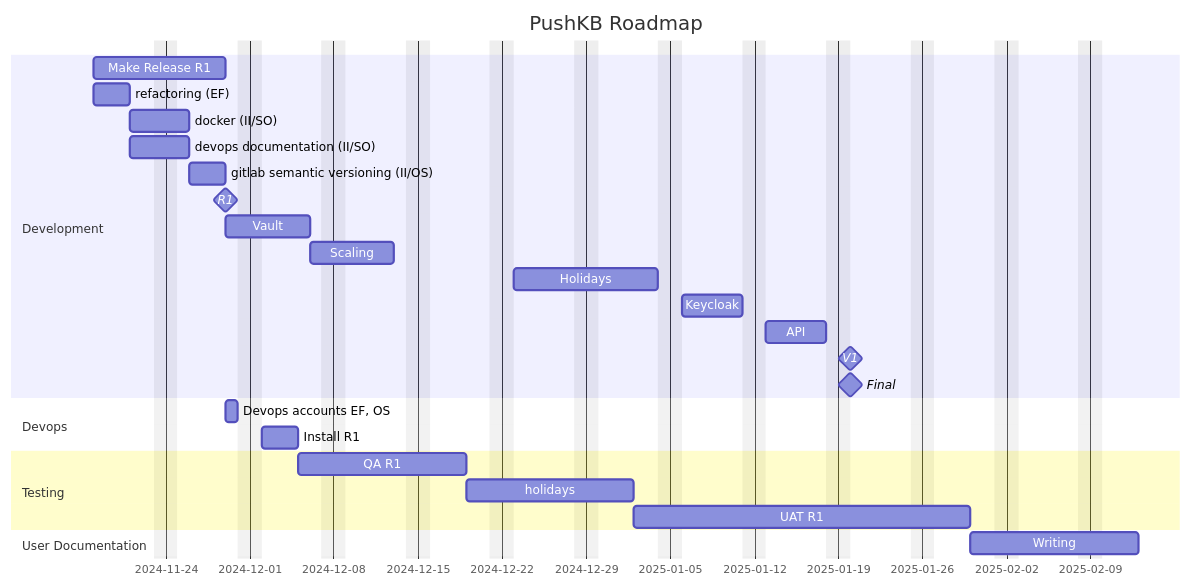
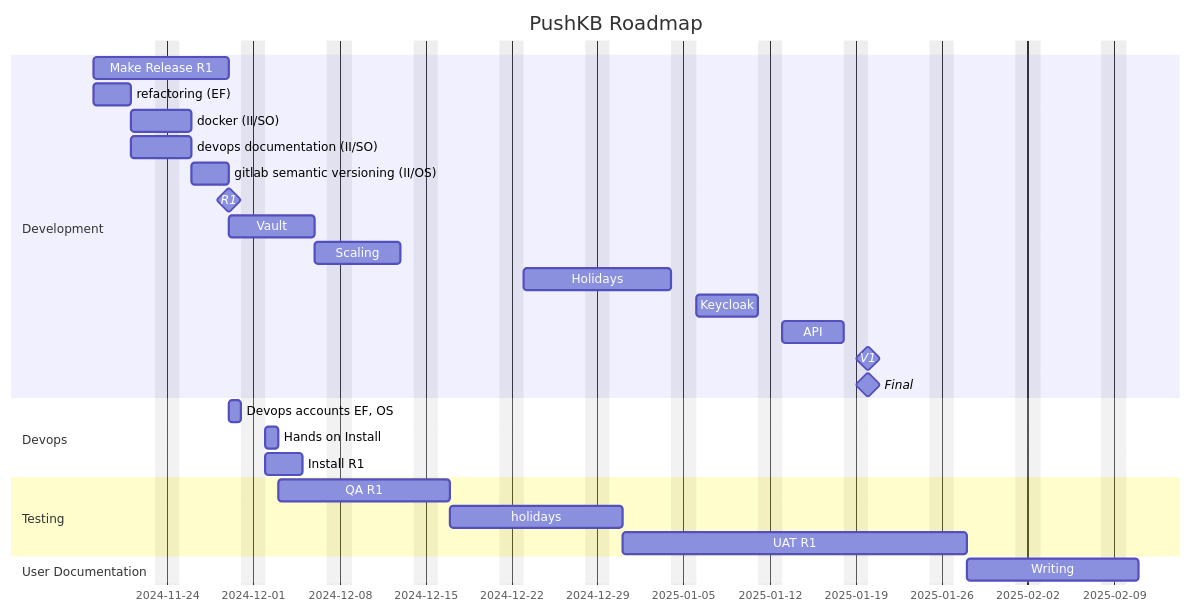
The diagram in docs/roadmap.md (julianladisch/pushkb), drawn with Mermaid before and after one commit.

````diff
--- a/docs/roadmap.md
+++ b/docs/roadmap.md
@@ -3,34 +3,35 @@
 ```mermaid
 gantt
     title PushKB Roadmap
     dateFormat  YYYY-MM-DD
     excludes    weekends
 
     section Development
     Make Release R1                    :t3-0, 2024-11-18, 9d
     refactoring (EF)                   :t3-0-1, 2024-11-18, 3d
     docker (II/SO)                     :t3-0-2, after t3-0-1, 3d
     devops documentation (II/SO)       :t3-0-3, after t3-0-1, 3d
     gitlab semantic versioning (II/OS) :t3-0-4, after t3-0-3, 3d
     R1                                 :milestone, after t3-0, 0d
     Vault                              :t3-1, after t3-0, 5d
     Scaling                            :t3-2, after t3-1, 5d
     Holidays                           :thols1, 2024-12-23, 10d
     Keycloak                           :t3-3, after thols1, 5d
     API                                :t3-4, after t3-3, 5d
 		V1                                 :milestone, after t3-4, 0d
 		Final                              :milestone, 2025-01-20, 0d
 
     section Devops
     Devops accounts EF, OS             :t4-1, after t3-0, 1d
-    Install R1                         :t4-2, after t4-1, 3d
+    Hands on Install                   :t4-2, after t4-1, 1d
+    Install R1                         :t4-3, after t4-1, 3d
 
     section Testing
     QA R1                              :t5-1, after t4-2, 10d
     holidays                           :t5-2, after t5-1, 10d
     UAT R1                             :t5-3, after t5-2, 20d
 
     section User Documentation
     Writing                            :t6-1, after t5-3, 10d
 
 ```
````
